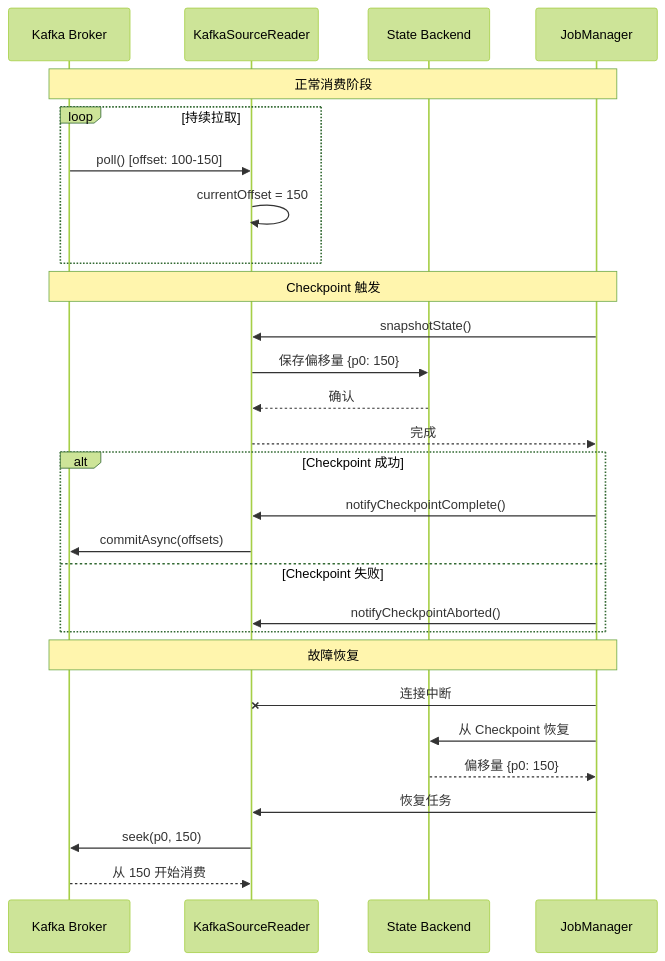
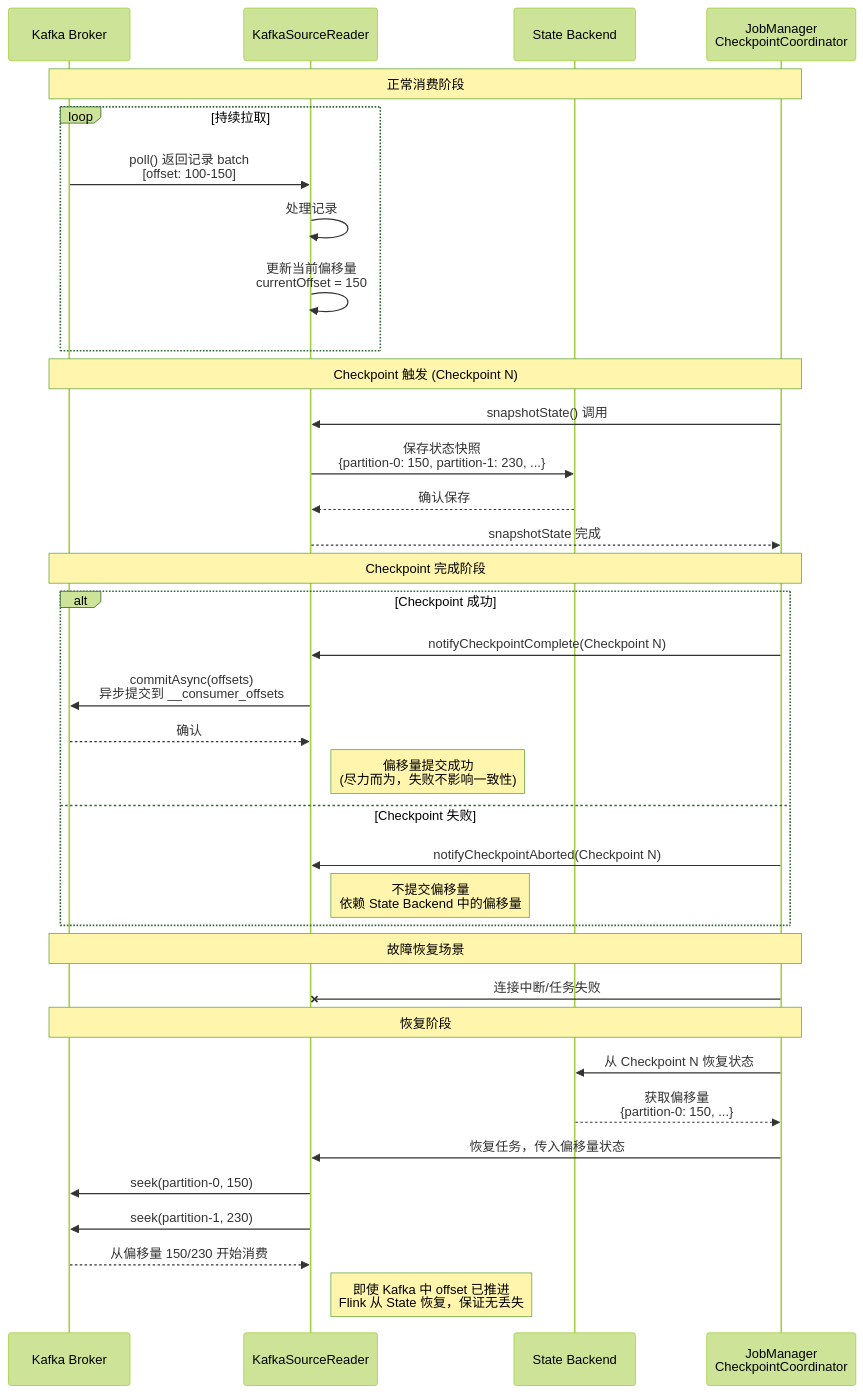
The second of 4 diagrams in Flink/04-connectors/kafka-integration-patterns.md (AdaMartin18010/AnalysisDataFlow), drawn with Mermaid (forest theme) before and after one commit. The commit also changed other lines of this file and 10 other files, not shown here.

````diff
--- a/Flink/04-connectors/kafka-integration-patterns.md
+++ b/Flink/04-connectors/kafka-integration-patterns.md
@@ -327,34 +461,43 @@
 ```mermaid
 sequenceDiagram
     participant Kafka as Kafka Broker
     participant Source as KafkaSourceReader
     participant State as State Backend
-    participant JM as JobManager
-    
+    participant JM as JobManager<br/>CheckpointCoordinator
+
     Note over Kafka,JM: 正常消费阶段
     loop 持续拉取
-        Kafka->>Source: poll() [offset: 100-150]
-        Source->>Source: currentOffset = 150
+        Kafka->>Source: poll() 返回记录 batch<br/>[offset: 100-150]
+        Source->>Source: 处理记录
+        Source->>Source: 更新当前偏移量<br/>currentOffset = 150
     end
-    
-    Note over Kafka,JM: Checkpoint 触发
-    JM->>Source: snapshotState()
-    Source->>State: 保存偏移量 {p0: 150}
-    State-->>Source: 确认
-    Source-->>JM: 完成
-    
+
+    Note over Kafka,JM: Checkpoint 触发 (Checkpoint N)
+    JM->>Source: snapshotState() 调用
+    Source->>State: 保存状态快照<br/>{partition-0: 150, partition-1: 230, ...}
+    State-->>Source: 确认保存
+    Source-->>JM: snapshotState 完成
+
+    Note over Kafka,JM: Checkpoint 完成阶段
     alt Checkpoint 成功
-        JM->>Source: notifyCheckpointComplete()
-        Source->>Kafka: commitAsync(offsets)
+        JM->>Source: notifyCheckpointComplete(Checkpoint N)
+        Source->>Kafka: commitAsync(offsets)<br/>异步提交到 __consumer_offsets
+        Kafka-->>Source: 确认
+        Note right of Source: 偏移量提交成功<br/>(尽力而为，失败不影响一致性)
     else Checkpoint 失败
-        JM->>Source: notifyCheckpointAborted()
+        JM->>Source: notifyCheckpointAborted(Checkpoint N)
+        Note right of Source: 不提交偏移量<br/>依赖 State Backend 中的偏移量
     end
-    
-    Note over Kafka,JM: 故障恢复
-    JM-xSource: 连接中断
-    JM->>State: 从 Checkpoint 恢复
-    State-->>JM: 偏移量 {p0: 150}
-    JM->>Source: 恢复任务
-    Source->>Kafka: seek(p0, 150)
-    Kafka-->>Source: 从 150 开始消费
+
+    Note over Kafka,JM: 故障恢复场景
+    JM-xSource: 连接中断/任务失败
+
+    Note over Kafka,JM: 恢复阶段
+    JM->>State: 从 Checkpoint N 恢复状态
+    State-->>JM: 获取偏移量<br/>{partition-0: 150, ...}
+    JM->>Source: 恢复任务，传入偏移量状态
+    Source->>Kafka: seek(partition-0, 150)
+    Source->>Kafka: seek(partition-1, 230)
+    Kafka-->>Source: 从偏移量 150/230 开始消费
+    Note right of Source: 即使 Kafka 中 offset 已推进<br/>Flink 从 State 恢复，保证无丢失
 ```
````
